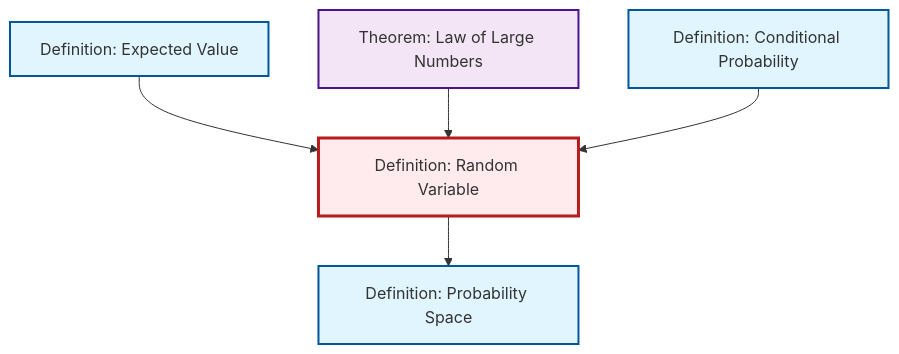
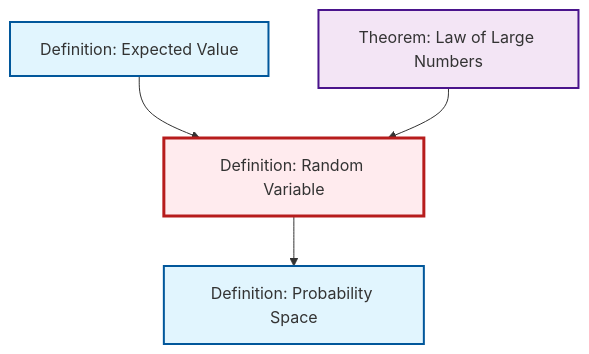
Before and after one commit to RK0429/ModernMath: the diagram in content/en/probability-statistics/def-random-variable.qmd, drawn with Mermaid. The commit also changed 511 other files, not shown here.

````diff
--- a/content/en/probability-statistics/def-random-variable.qmd
+++ b/content/en/probability-statistics/def-random-variable.qmd
@@ -47,24 +47,17 @@
 ```{mermaid}
 %%| fig-cap: "Local dependency graph"
 graph TD
     classDef definition fill:#e1f5fe,stroke:#01579b,stroke-width:2px
     classDef theorem fill:#f3e5f5,stroke:#4a148c,stroke-width:2px
     classDef axiom fill:#fff3e0,stroke:#e65100,stroke-width:2px
     classDef example fill:#e8f5e9,stroke:#1b5e20,stroke-width:2px
     classDef current fill:#ffebee,stroke:#b71c1c,stroke-width:3px
+    thm-law-of-large-numbers["Theorem: Law of Large Numbers"]:::theorem
+    def-random-variable["Definition: Random Variable"]:::definition
+    def-probability-space["Definition: Probability Space"]:::definition
     def-expectation["Definition: Expected Value"]:::definition
-    def-random-variable["Definition: Random Variable"]:::definition
-    def-conditional-probability["Definition: Conditional Probability"]:::definition
-    def-probability-space["Definition: Probability Space"]:::definition
-    thm-law-of-large-numbers["Theorem: Law of Large Numbers"]:::theorem
     def-expectation --> def-random-variable
     thm-law-of-large-numbers --> def-random-variable
     def-random-variable --> def-probability-space
-    def-conditional-probability --> def-random-variable
     class def-random-variable current
-
-    click def-expectation "def-expectation.html" "Go to Expected Value definition"
-    click def-conditional-probability "def-conditional-probability.html" "Go to Conditional Probability definition"
-    click def-probability-space "def-probability-space.html" "Go to Probability Space definition"
-    click thm-law-of-large-numbers "thm-law-of-large-numbers.html" "Go to Law of Large Numbers theorem"
 ```
````
